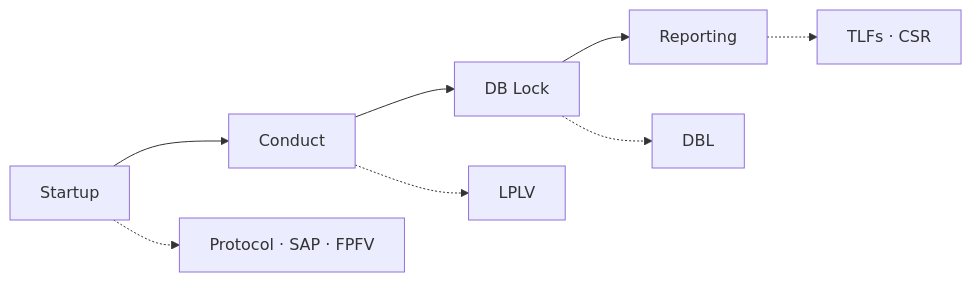
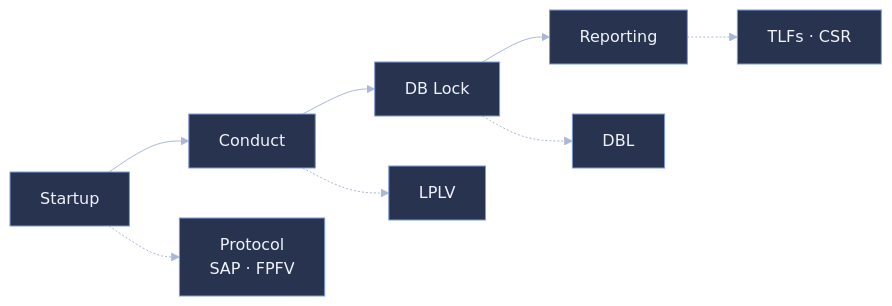
The first of 2 diagrams in lifecycle_dashboard/quarto/lifecycle-guide.qmd (patrickiben/biometrics-ai-portfolio), drawn with Mermaid before and after one commit. The commit also changed other lines of this file and 45 other files, not shown here.

````diff
--- a/lifecycle_dashboard/quarto/lifecycle-guide.qmd
+++ b/lifecycle_dashboard/quarto/lifecycle-guide.qmd
@@ -38,8 +45,9 @@
 ```{mermaid}
+%%{init: {'theme':'base','themeVariables':{'primaryColor':'#28344f','primaryTextColor':'#eef2fb','primaryBorderColor':'#7d9bd6','lineColor':'#aab8d6','clusterBkg':'#161d33','clusterBorder':'#3a476a','tertiaryColor':'#20406a','tertiaryTextColor':'#eef2fb','tertiaryBorderColor':'#7d9bd6','secondaryColor':'#20406a','secondaryTextColor':'#eef2fb'}}}%%
 flowchart LR
   S[Startup] --> C[Conduct] --> L[DB Lock] --> R[Reporting]
-  S -.-> M1[Protocol · SAP · FPFV]
+  S -.-> M1["Protocol<br/>SAP · FPFV"]
   C -.-> M2[LPLV]
   L -.-> M3[DBL]
-  R -.-> M4[TLFs · CSR]
+  R -.-> M4["TLFs · CSR"]
 ```
````
